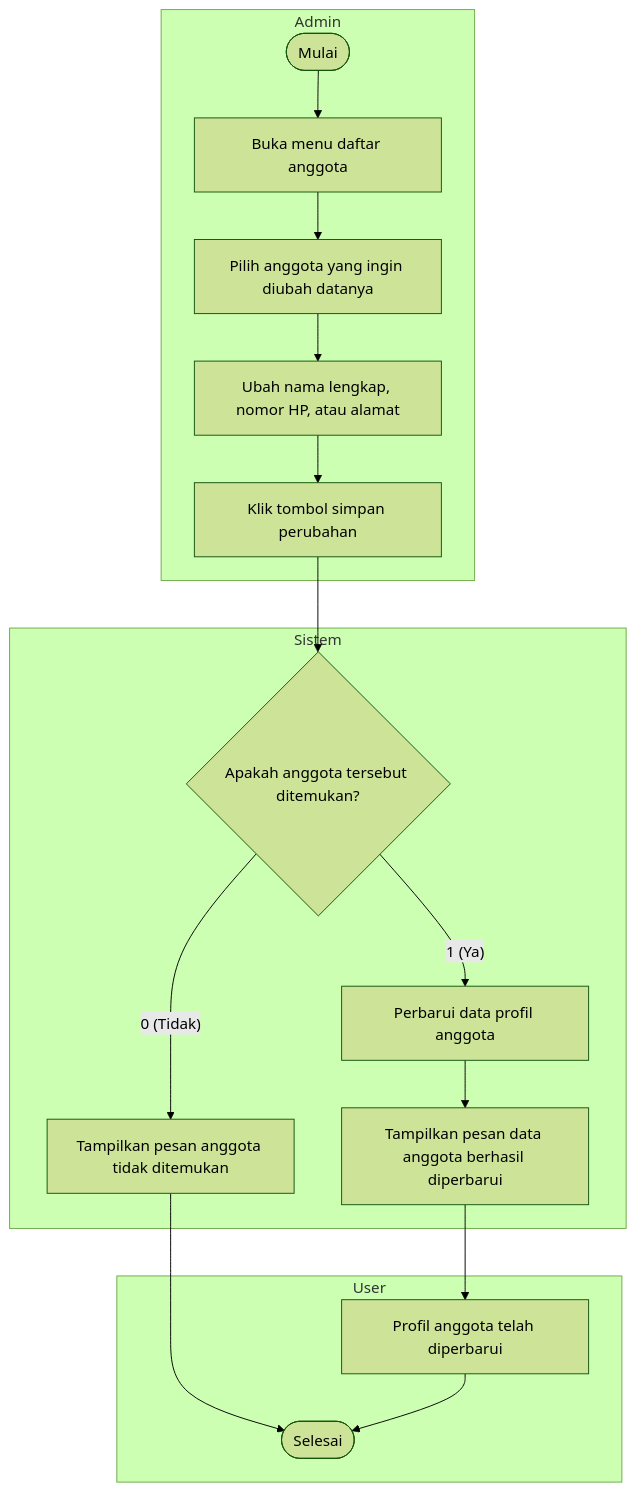
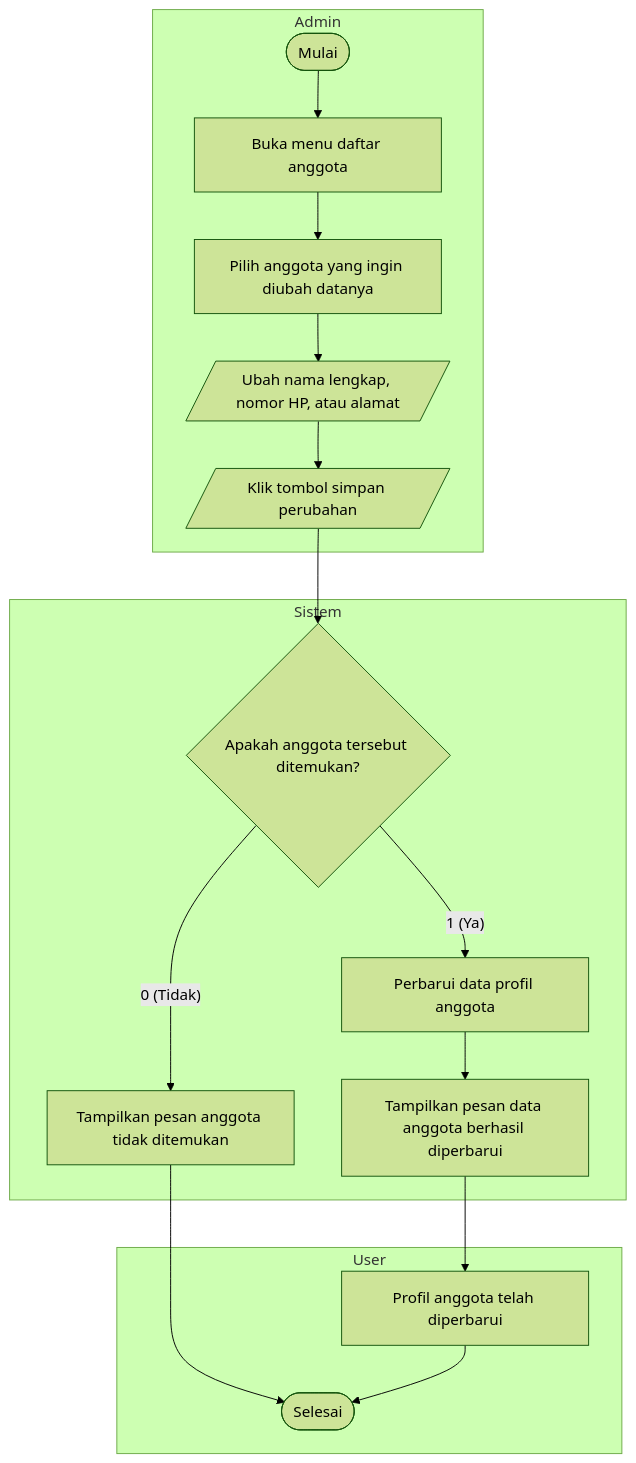
One commit to dimstyle/ruang-baca changed the diagram in docs/uml/src/diagrams/list-diagrams/activity-updateuser.mmd. Above: the diagram before and after it, drawn with Mermaid (forest theme). The commit also changed 78 other files, not shown here.

Commit message:
docs(uml): use parallelogram shape for input and button actions in flowchart and activity diagrams

```diff
--- a/docs/uml/src/diagrams/list-diagrams/activity-updateuser.mmd
+++ b/docs/uml/src/diagrams/list-diagrams/activity-updateuser.mmd
@@ -1,20 +1,20 @@
 flowchart TD
     subgraph Admin["Admin"]
         start(["Mulai"]) --> openMenu["Buka menu daftar anggota"]
         openMenu --> selectUser["Pilih anggota yang ingin diubah datanya"]
-        selectUser --> editData["Ubah nama lengkap, nomor HP, atau alamat"]
-        editData --> clickSave["Klik tombol simpan perubahan"]
+        selectUser --> editData[/"Ubah nama lengkap, nomor HP, atau alamat"/]
+        editData --> clickSave[/"Klik tombol simpan perubahan"/]
     end
 
     subgraph Sistem["Sistem"]
         clickSave --> checkFound{"Apakah anggota tersebut ditemukan?"}
         checkFound -->|"0 (Tidak)"| notFound["Tampilkan pesan anggota tidak ditemukan"]
         checkFound -->|"1 (Ya)"| saveProfile["Perbarui data profil anggota"]
         saveProfile --> updated["Tampilkan pesan data anggota berhasil diperbarui"]
     end
 
     subgraph User["User"]
         notFound --> finish(["Selesai"])
         updated --> profileUpdated["Profil anggota telah diperbarui"]
         profileUpdated --> finish
     end
```
